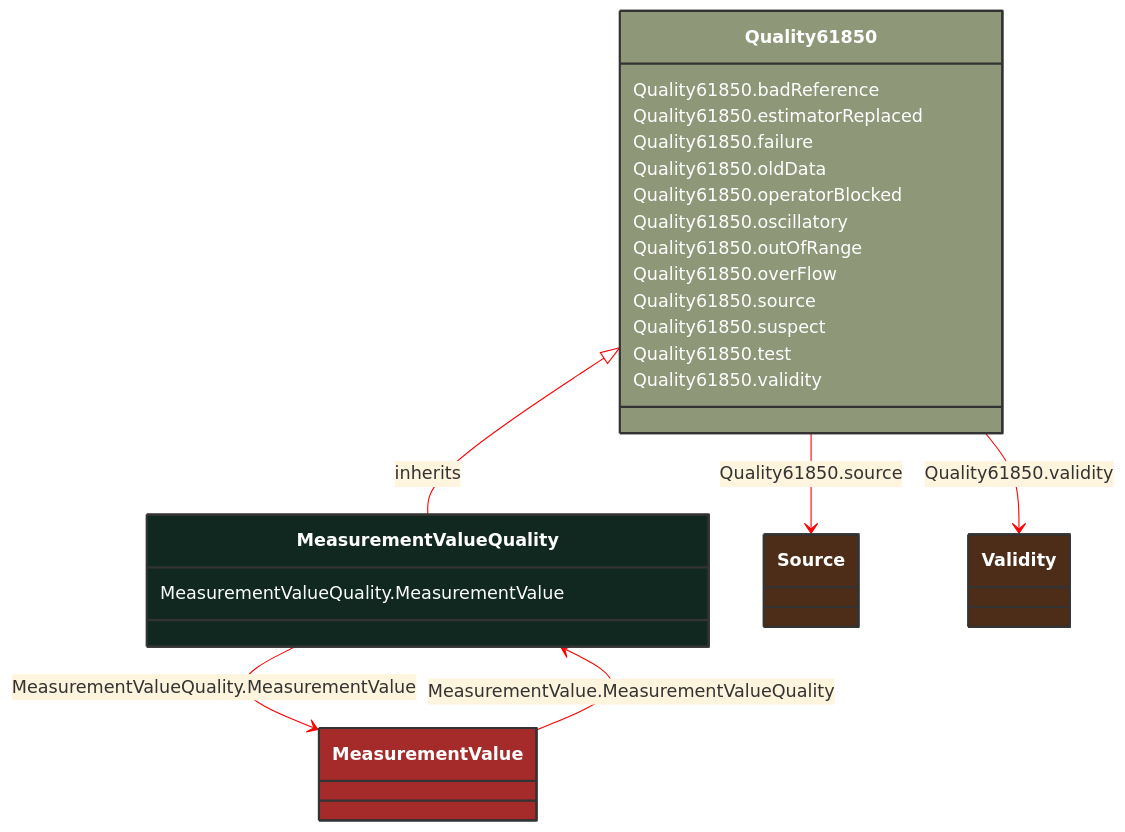
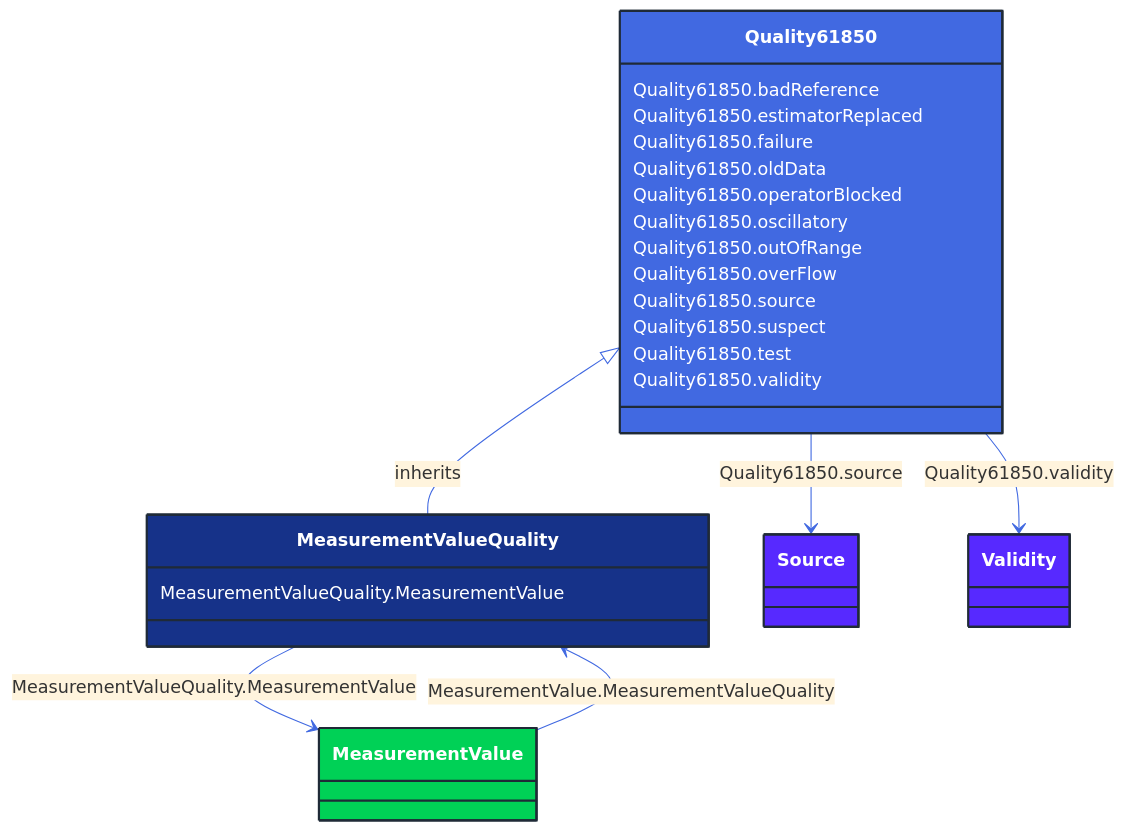
Before and after one commit to 3lbits/NoCIMExtensions: the diagram in docs/Models/Profiles/Operation/ConcreteClasses/MeasurementValueQuality.md, drawn with Mermaid. The commit also changed 362 other files, not shown here.

First line of the commit message:
Update diagrams and styles for improved visual consistency

````diff
--- a/docs/Models/Profiles/Operation/ConcreteClasses/MeasurementValueQuality.md
+++ b/docs/Models/Profiles/Operation/ConcreteClasses/MeasurementValueQuality.md
@@ -8,48 +8,48 @@
 ```mermaid
-%%{init: {'theme':'base','themeVariables': {'lineColor': '#FF0000'}}}%%
+%%{init: {'theme':'base','themeVariables': {'lineColor': '#4169E1'}}}%%
 classDiagram
     class MeasurementValueQuality
     click MeasurementValueQuality href "/Models/Profiles/Operation/ConcreteClasses/MeasurementValueQuality/"
-    style MeasurementValueQuality fill:#102820,stroke:#333,stroke-width:2px,rx:10,ry:10,color:white
+    style MeasurementValueQuality fill:#163289,stroke:#1F2A37,stroke-width:2px,rx:10,ry:10,color:white
      
         Quality61850 <|-- MeasurementValueQuality : inherits
             click Quality61850 href "/Models/Profiles/Operation/AbstractClasses/Quality61850/"
-            style Quality61850 fill:#8F9779,stroke:#333,stroke-width:2px,rx:10,ry:10,color:white
+            style Quality61850 fill:#4169E1,stroke:#1F2A37,stroke-width:2px,rx:10,ry:10,color:white
 
         MeasurementValueQuality --> MeasurementValue : MeasurementValueQuality.MeasurementValue
 
         MeasurementValue
             click MeasurementValue href "/Models/Profiles/Operation/AbstractClasses/MeasurementValue/"
-            style MeasurementValue fill:#A52A2A,stroke:#333,stroke-width:2px,rx:10,ry:10,color:white
+            style MeasurementValue fill:#00D156,stroke:#1F2A37,stroke-width:2px,rx:10,ry:10,color:white
 
         MeasurementValue --> MeasurementValueQuality : MeasurementValue.MeasurementValueQuality
 
         MeasurementValue
             click MeasurementValue href "/Models/Profiles/Operation/AbstractClasses/MeasurementValue/"
-            style MeasurementValue fill:#A52A2A,stroke:#333,stroke-width:2px,rx:10,ry:10,color:white
+            style MeasurementValue fill:#00D156,stroke:#1F2A37,stroke-width:2px,rx:10,ry:10,color:white
 
         Quality61850 --> Source : Quality61850.source
 
         Source
             click Source href "/Models/Profiles/Operation/Enumerations/Source/"
-            style Source fill:#4D2D18,stroke:#333,stroke-width:2px,rx:10,ry:10,color:white
+            style Source fill:#5729FF,stroke:#1F2A37,stroke-width:2px,rx:10,ry:10,color:white
         Quality61850 --> Validity : Quality61850.validity
 
         Validity
             click Validity href "/Models/Profiles/Operation/Enumerations/Validity/"
-            style Validity fill:#4D2D18,stroke:#333,stroke-width:2px,rx:10,ry:10,color:white
+            style Validity fill:#5729FF,stroke:#1F2A37,stroke-width:2px,rx:10,ry:10,color:white
 
         MeasurementValueQuality : MeasurementValueQuality.MeasurementValue
         Quality61850 : Quality61850.badReference
         Quality61850 : Quality61850.estimatorReplaced
         Quality61850 : Quality61850.failure
         Quality61850 : Quality61850.oldData
         Quality61850 : Quality61850.operatorBlocked
         Quality61850 : Quality61850.oscillatory
         Quality61850 : Quality61850.outOfRange
         Quality61850 : Quality61850.overFlow
         Quality61850 : Quality61850.source
         Quality61850 : Quality61850.suspect
         Quality61850 : Quality61850.test
         Quality61850 : Quality61850.validity
 ```
````
